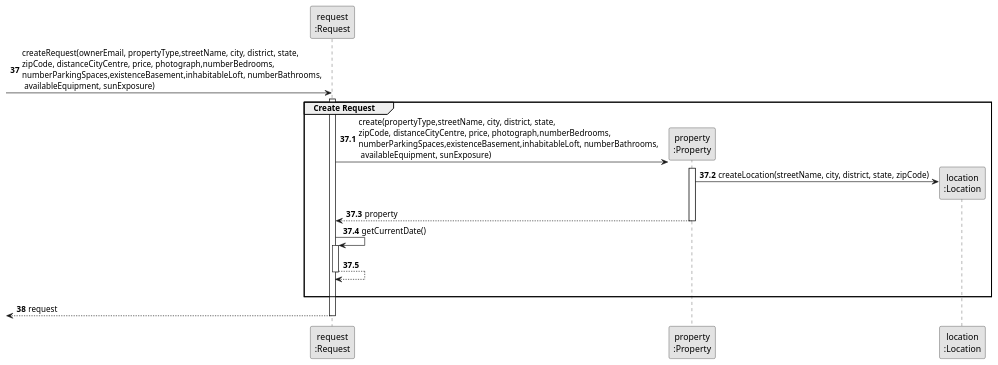
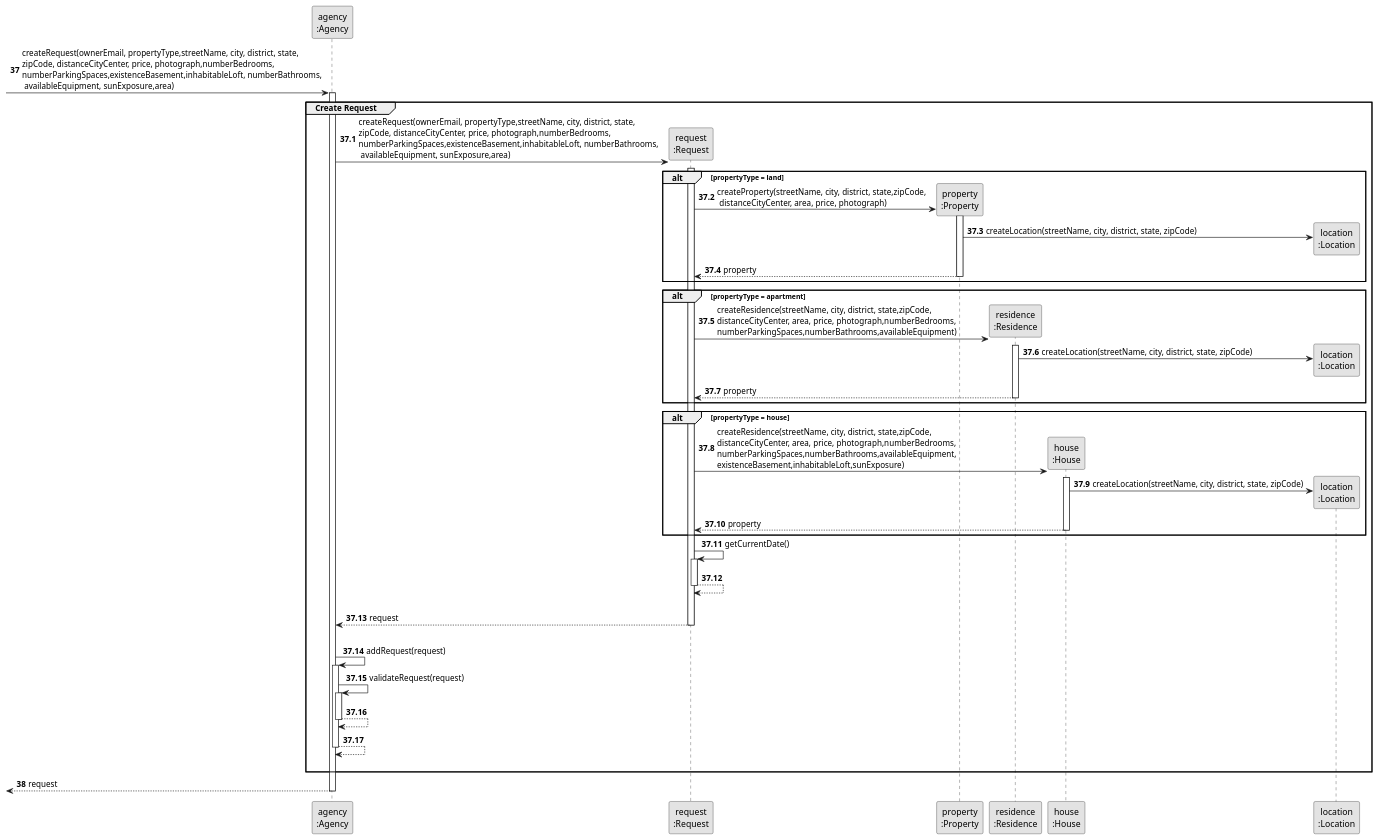
Before and after one commit to rita-barbosa/LAPR2-2223: the diagram in docs/sprintB/us002/03.design/puml/us002-sequence-diagram-partial-create-request.puml, drawn with PlantUML. The commit also changed 2 other files, not shown here.

Commit message:
Update of sequence diagram [US002][Design]

```diff
--- a/docs/sprintB/us002/03.design/puml/us002-sequence-diagram-partial-create-request.puml
+++ b/docs/sprintB/us002/03.design/puml/us002-sequence-diagram-partial-create-request.puml
@@ -1,41 +1,83 @@
 @startuml
 skinparam monochrome true
 skinparam packageStyle rectangle
 skinparam shadowing false
 
+participant "agency\n:Agency" as AGENCY
 participant "request\n:Request" as REQUEST
 participant "property\n:Property" as PROPERTY
+participant "residence\n:Residence" as RESIDENCE
+participant "house\n:House" as HOUSE
 participant "location\n:Location" as LOCATION
 
 
 autonumber 37
 
-        -> REQUEST** : createRequest(ownerEmail, propertyType,streetName, city, district, state,\nzipCode, distanceCityCentre, price, photograph,numberBedrooms,\nnumberParkingSpaces,existenceBasement,inhabitableLoft, numberBathrooms,\n availableEquipment, sunExposure)
-         activate REQUEST
+        -> AGENCY: createRequest(ownerEmail, propertyType,streetName, city, district, state,\nzipCode, distanceCityCenter, price, photograph,numberBedrooms,\nnumberParkingSpaces,existenceBasement,inhabitableLoft, numberBathrooms,\n availableEquipment, sunExposure,area)
+         activate AGENCY
 
 autonumber 37.1
 
     group Create Request
 
-        REQUEST -> PROPERTY** : create(propertyType,streetName, city, district, state,\nzipCode, distanceCityCentre, price, photograph,numberBedrooms,\nnumberParkingSpaces,existenceBasement,inhabitableLoft, numberBathrooms,\n availableEquipment, sunExposure)
-        activate PROPERTY
+        AGENCY -> REQUEST **: createRequest(ownerEmail, propertyType,streetName, city, district, state,\nzipCode, distanceCityCenter, price, photograph,numberBedrooms,\nnumberParkingSpaces,existenceBasement,inhabitableLoft, numberBathrooms,\n availableEquipment, sunExposure,area)
+        activate REQUEST
+        alt propertyType = land
+                REQUEST -> PROPERTY** : createProperty(streetName, city, district, state,zipCode,\n distanceCityCenter, area, price, photograph)
+                activate PROPERTY
 
-        PROPERTY -> LOCATION** : createLocation(streetName, city, district, state, zipCode)
+                PROPERTY -> LOCATION** : createLocation(streetName, city, district, state, zipCode)
 
-        PROPERTY --> REQUEST : property
-        deactivate PROPERTY
+                PROPERTY --> REQUEST : property
+                deactivate PROPERTY
 
-        REQUEST -> REQUEST : getCurrentDate()
-        activate REQUEST
+        end
+        alt propertyType = apartment
+                REQUEST -> RESIDENCE** : createResidence(streetName, city, district, state,zipCode,\ndistanceCityCenter, area, price, photograph,numberBedrooms,\nnumberParkingSpaces,numberBathrooms,availableEquipment)
+                activate RESIDENCE
 
-        REQUEST --> REQUEST :
-        deactivate REQUEST
-        |||
+                RESIDENCE -> LOCATION** : createLocation(streetName, city, district, state, zipCode)
 
+                RESIDENCE --> REQUEST : property
+                deactivate RESIDENCE
+
+        end
+        alt propertyType = house
+                REQUEST -> HOUSE** : createResidence(streetName, city, district, state,zipCode,\ndistanceCityCenter, area, price, photograph,numberBedrooms,\nnumberParkingSpaces,numberBathrooms,availableEquipment,\nexistenceBasement,inhabitableLoft,sunExposure)
+
+                activate HOUSE
+
+               HOUSE -> LOCATION** : createLocation(streetName, city, district, state, zipCode)
+
+                HOUSE --> REQUEST : property
+                deactivate HOUSE
+        end
+            REQUEST -> REQUEST : getCurrentDate()
+            activate REQUEST
+
+            REQUEST --> REQUEST :
+            deactivate REQUEST
+            |||
+
+            REQUEST --> AGENCY: request
+            deactivate REQUEST
+            |||
+            AGENCY -> AGENCY: addRequest(request)
+                activate AGENCY
+                    AGENCY -> AGENCY: validateRequest(request)
+                    activate AGENCY
+                        AGENCY --> AGENCY
+                    deactivate AGENCY
+
+                    AGENCY --> AGENCY
+
+            deactivate  AGENCY
+    |||
     end
+
 autonumber 38
-        <-- REQUEST : request
-        deactivate REQUEST
+        <-- AGENCY: request
+        deactivate AGENCY
 
 
 @enduml
```
